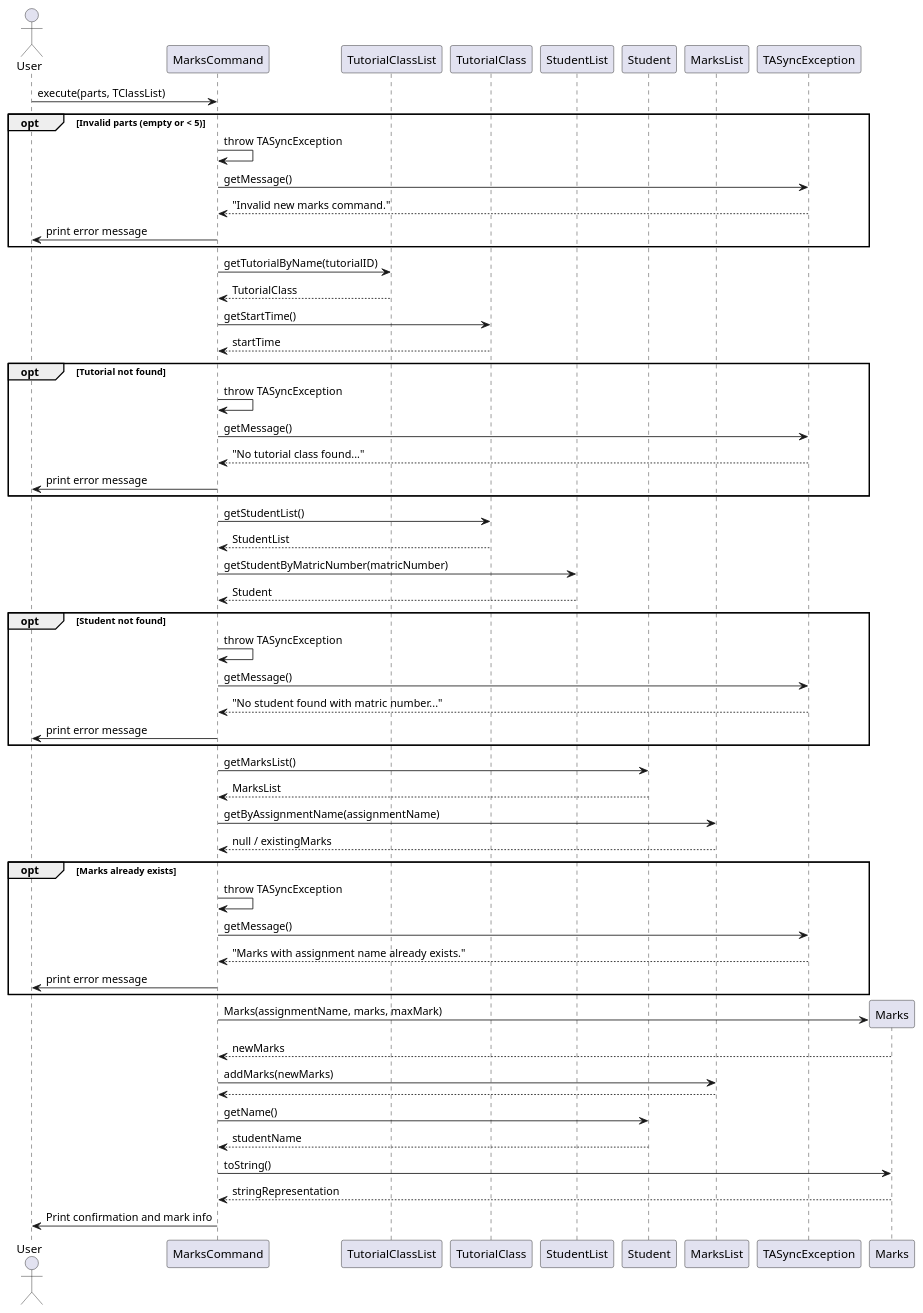
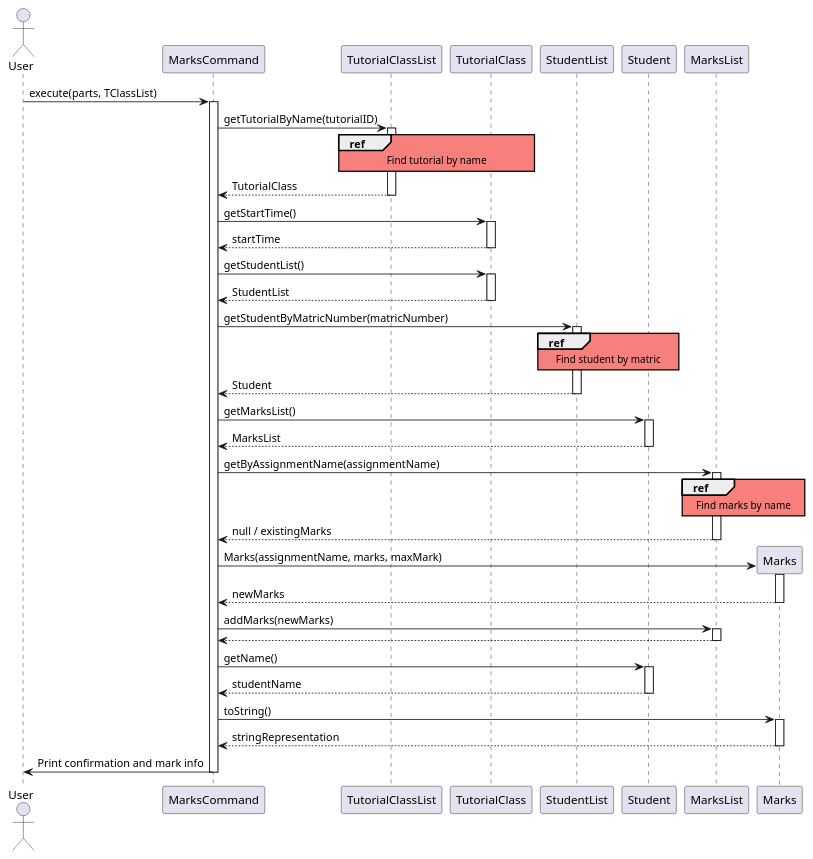
The diagram in docs/diagrams/markslistcommands/AddMarksCommand.puml (wongyihao02/tp), drawn with PlantUML before and after one commit. The commit also changed 12 other files, not shown here.

Commit message:
Fix sequence diagram bugs for marks commands.

```diff
--- a/docs/diagrams/markslistcommands/AddMarksCommand.puml
+++ b/docs/diagrams/markslistcommands/AddMarksCommand.puml
@@ -1,73 +1,72 @@
 @startuml
 actor User
 participant "MarksCommand" as MarksCommand
 participant "TutorialClassList" as TClassList
 participant "TutorialClass" as TClass
 participant "StudentList" as SList
 participant "Student" as Student
 participant "MarksList" as MList
-participant "TASyncException" as TASyncEx
+participant "Marks" as Marks
+
+skinparam sequenceReferenceBackgroundColor #f7807c
 
 User -> MarksCommand : execute(parts, TClassList)
-
-opt Invalid parts (empty or < 5)
-    MarksCommand -> MarksCommand : throw TASyncException
-    MarksCommand -> TASyncEx : getMessage()
-    TASyncEx --> MarksCommand : "Invalid new marks command."
-    MarksCommand -> User : print error message
-end
+activate MarksCommand
 
 MarksCommand -> TClassList : getTutorialByName(tutorialID)
+activate TClassList
+ref over TClassList, TClass : Find tutorial by name
 TClassList --> MarksCommand : TutorialClass
+deactivate TClassList
 
 MarksCommand -> TClass : getStartTime()
+activate TClass
 TClass --> MarksCommand : startTime
-
-opt Tutorial not found
-    MarksCommand -> MarksCommand : throw TASyncException
-    MarksCommand -> TASyncEx : getMessage()
-    TASyncEx --> MarksCommand : "No tutorial class found..."
-    MarksCommand -> User : print error message
-end
+deactivate TClass
 
 MarksCommand -> TClass : getStudentList()
+activate TClass
 TClass --> MarksCommand : StudentList
+deactivate TClass
 
 MarksCommand -> SList : getStudentByMatricNumber(matricNumber)
+activate SList
+ref over SList, Student : Find student by matric
 SList --> MarksCommand : Student
-
-opt Student not found
-    MarksCommand -> MarksCommand : throw TASyncException
-    MarksCommand -> TASyncEx : getMessage()
-    TASyncEx --> MarksCommand : "No student found with matric number..."
-    MarksCommand -> User : print error message
-end
+deactivate SList
 
 MarksCommand -> Student : getMarksList()
+activate Student
 Student --> MarksCommand : MarksList
+deactivate Student
 
 MarksCommand -> MList : getByAssignmentName(assignmentName)
+activate MList
+ref over MList, Marks : Find marks by name
 MList --> MarksCommand : null / existingMarks
-
-opt Marks already exists
-    MarksCommand -> MarksCommand : throw TASyncException
-    MarksCommand -> TASyncEx : getMessage()
-    TASyncEx --> MarksCommand : "Marks with assignment name already exists."
-    MarksCommand -> User : print error message
-end
+deactivate MList
 
 create Marks
 MarksCommand -> Marks : Marks(assignmentName, marks, maxMark)
+activate Marks
 Marks --> MarksCommand : newMarks
+deactivate Marks
 
 MarksCommand -> MList : addMarks(newMarks)
+activate MList
 MList --> MarksCommand
+deactivate MList
 
 MarksCommand -> Student : getName()
+activate Student
 Student --> MarksCommand : studentName
+deactivate Student
 
 MarksCommand -> Marks : toString()
+activate Marks
 Marks --> MarksCommand : stringRepresentation
+deactivate Marks
 
 MarksCommand -> User : Print confirmation and mark info
+deactivate MarksCommand
 @enduml
```
